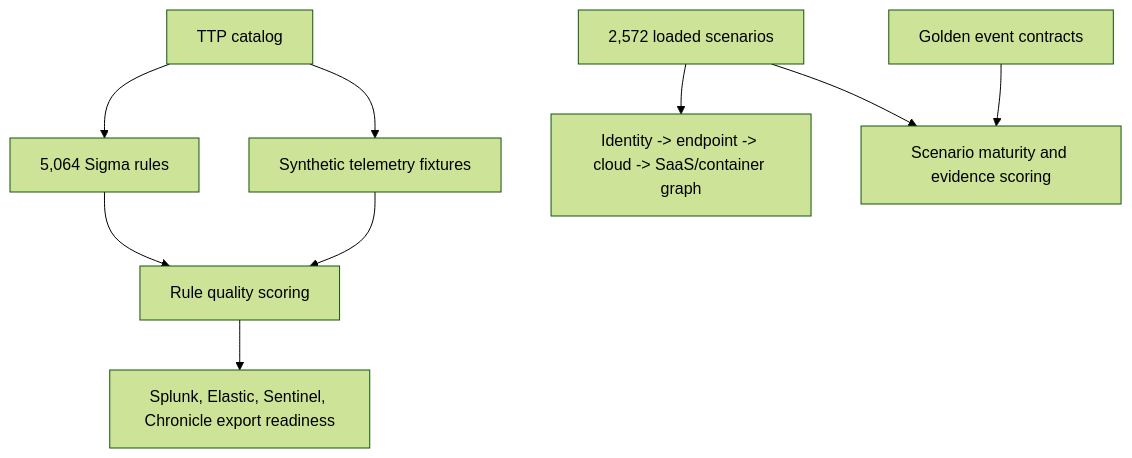
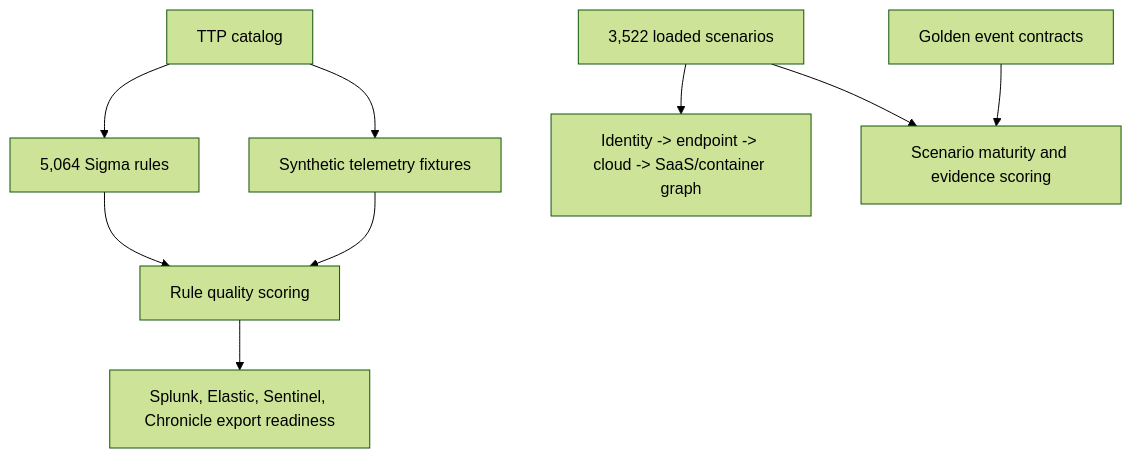
One commit to omarbabba779xx/APT-Simulator changed the fifth of 5 diagrams in README.md. Above: the diagram before and after it, drawn with Mermaid (forest theme). The commit also changed other lines of this file and 964 other files, not shown here.

````diff
--- a/README.md
+++ b/README.md
@@ -98,11 +99,11 @@
 ```mermaid
 flowchart TD
     Catalog["TTP catalog"] --> Sigma["5,064 Sigma rules"]
     Catalog --> Events["Synthetic telemetry fixtures"]
     Sigma --> Workbench["Rule quality scoring"]
     Events --> Workbench
     Workbench --> Targets["Splunk, Elastic, Sentinel, Chronicle export readiness"]
-    Scenarios["2,572 loaded scenarios"] --> Exposure["Identity -> endpoint -> cloud -> SaaS/container graph"]
+    Scenarios["3,522 loaded scenarios"] --> Exposure["Identity -> endpoint -> cloud -> SaaS/container graph"]
     Scenarios --> Maturity["Scenario maturity and evidence scoring"]
     Evidence["Golden event contracts"] --> Maturity
 ```
````
